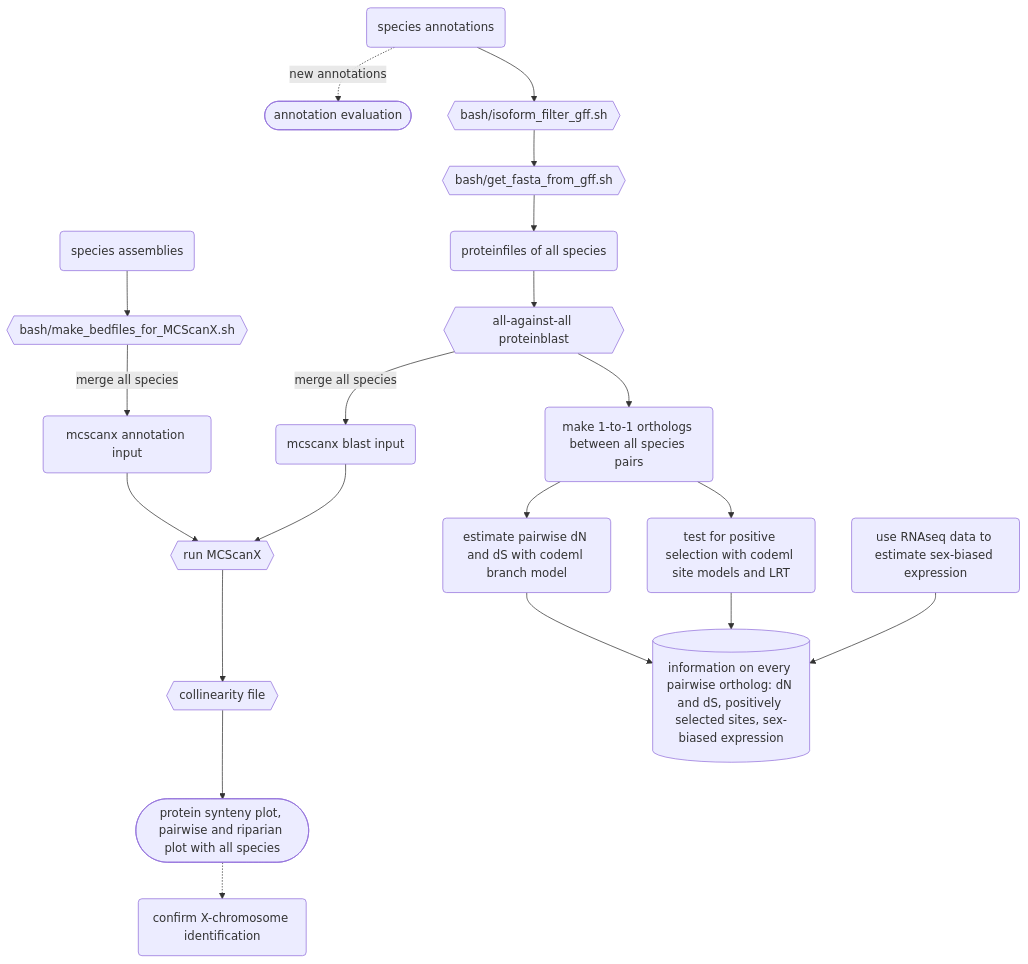
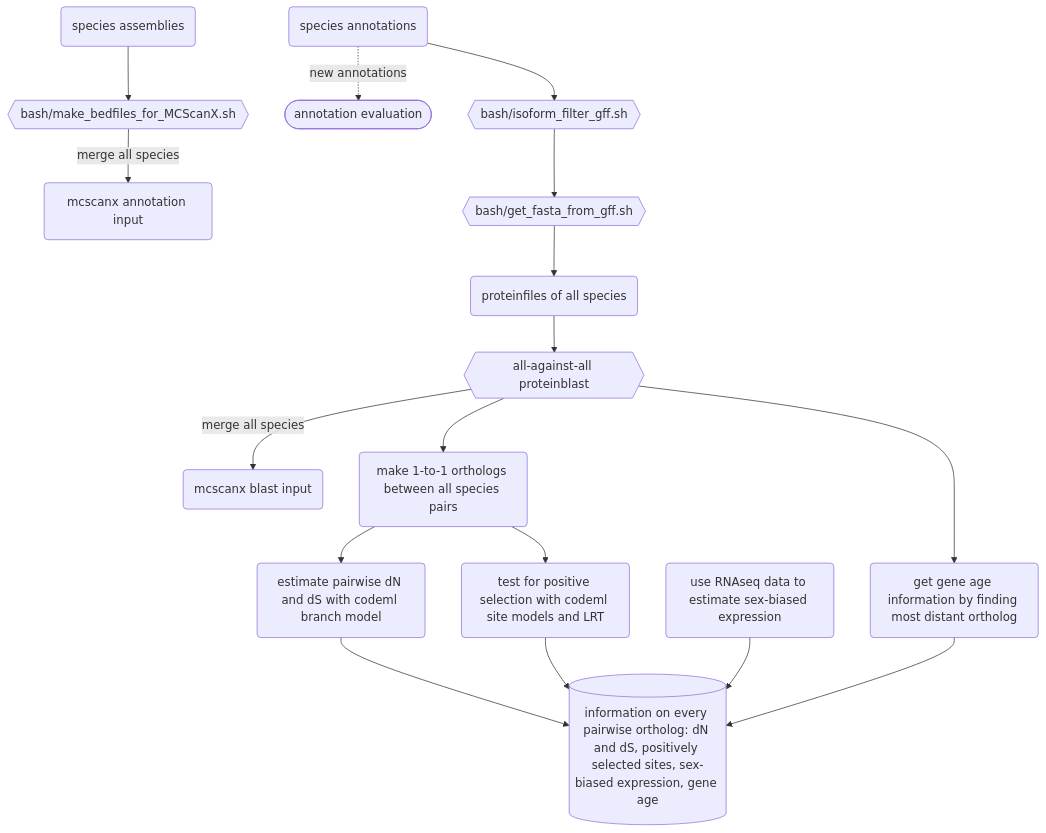
The diagram in README.md (milena-t/PhD_chapter3), drawn with Mermaid before and after one commit. The commit also changed other lines of this file and 1 other file, not shown here.

````diff
--- a/README.md
+++ b/README.md
@@ -154,31 +8,27 @@
 ```mermaid
 graph TD;
     species_Ass(species assemblies);
     species_Ass --> simplified_bed{{bash/make_bedfiles_for_MCScanX.sh}};
     simplified_bed -- merge all species --> mcscanx_bed(mcscanx annotation input);
     
     species_Ann(species annotations);
     species_Ann -. new annotations .-> BUSCO([annotation evaluation]);
     species_Ann --> is_filter{{bash/isoform_filter_gff.sh}};
     is_filter --> get_prot{{bash/get_fasta_from_gff.sh}};
     get_prot --> protfiles(proteinfiles of all species);
     protfiles --> blast{{all-against-all proteinblast}};
     blast -- merge all species --> mcscanx_blast(mcscanx blast input);
-
-    mcscanx_bed --> run_mcscanx{{run MCScanX}};
-    mcscanx_blast --> run_mcscanx
-    run_mcscanx --> mcscanx_out{{collinearity file}}
-    mcscanx_out --> mcscanx_plot([protein synteny plot, pairwise and riparian plot with all species])
-    mcscanx_plot .-> conf_X(confirm X-chromosome identification)
     
     blast --> dNdS_groups(make 1-to-1 orthologs between all species pairs);
+    blast --> gene_age(get gene age information by finding most distant ortholog);
 
     dNdS_groups --> basicFastX(estimate pairwise dN and dS with codeml branch model);
     dNdS_groups --> posSel(test for positive selection with codeml site models and LRT);
     sexbias(use RNAseq data to estimate sex-biased expression)
 
-    basicFastX --> summary[(information on every pairwise ortholog: dN and dS, positively selected sites, sex-biased expression)]
+    basicFastX --> summary[(information on every pairwise ortholog: dN and dS, positively selected sites, sex-biased expression, gene age)]
     posSel --> summary
     sexbias --> summary
+    gene_age --> summary
 
 ```   
````
